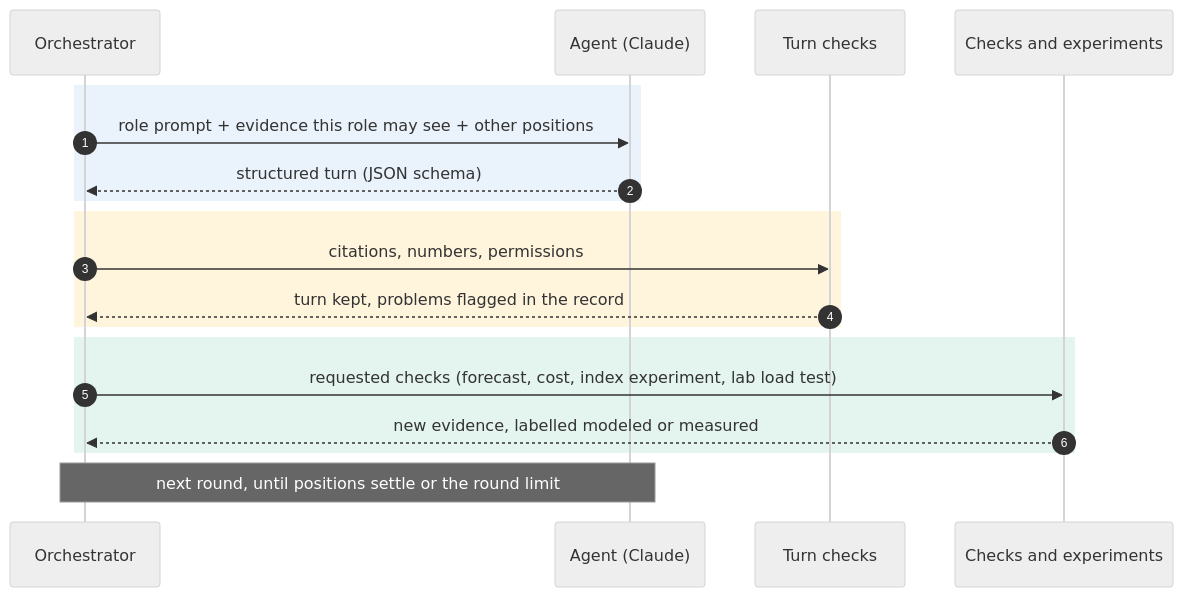
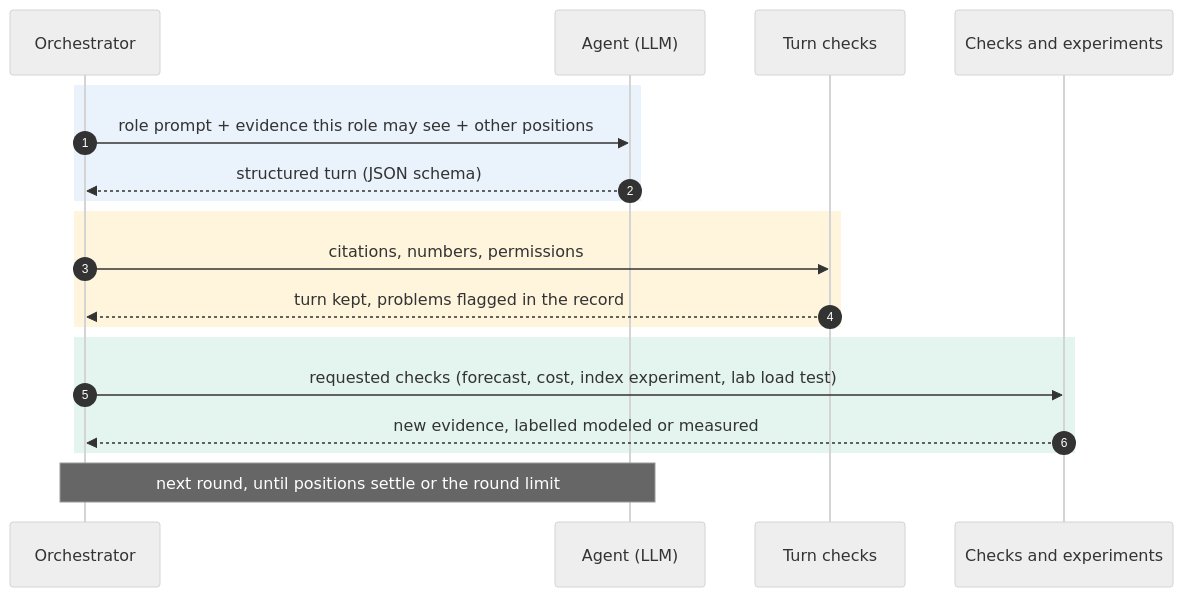
One commit to cris-wendler/capacitylab changed the sixth of 7 diagrams in README.md. Above: the diagram before and after it, drawn with Mermaid (neutral theme). The commit also changed other lines of this file and 27 other files, not shown here.

````diff
--- a/README.md
+++ b/README.md
@@ -403,21 +414,21 @@
 ```mermaid
 sequenceDiagram
   autonumber
   participant O as Orchestrator
-  participant A as Agent (Claude)
+  participant A as Agent (LLM)
   participant V as Turn checks
   participant T as Checks and experiments
   rect rgb(234, 242, 252)
     O->>A: role prompt + evidence this role may see + other positions
     A-->>O: structured turn (JSON schema)
   end
   rect rgb(255, 244, 220)
     O->>V: citations, numbers, permissions
     V-->>O: turn kept, problems flagged in the record
   end
   rect rgb(227, 245, 238)
     O->>T: requested checks (forecast, cost, index experiment, lab load test)
     T-->>O: new evidence, labelled modeled or measured
   end
   Note over O,A: next round, until positions settle or the round limit
 ```
````
